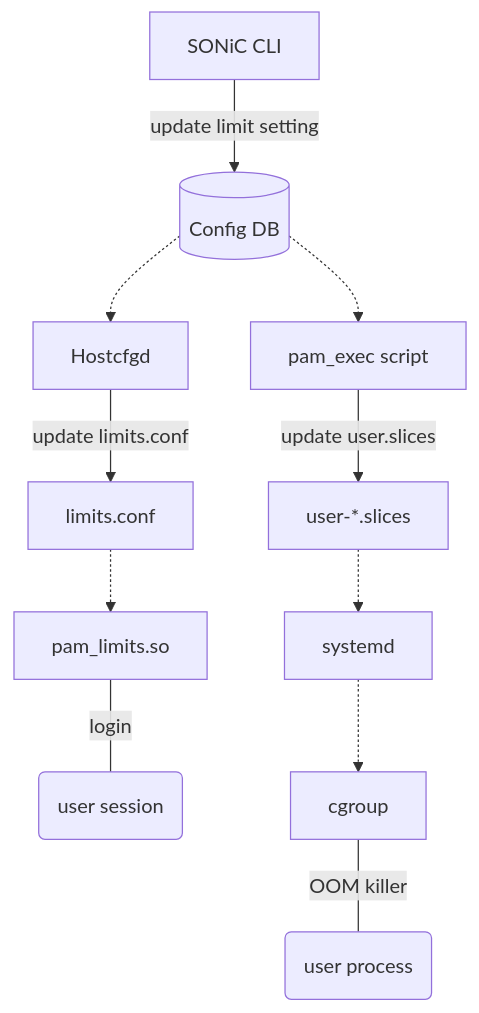
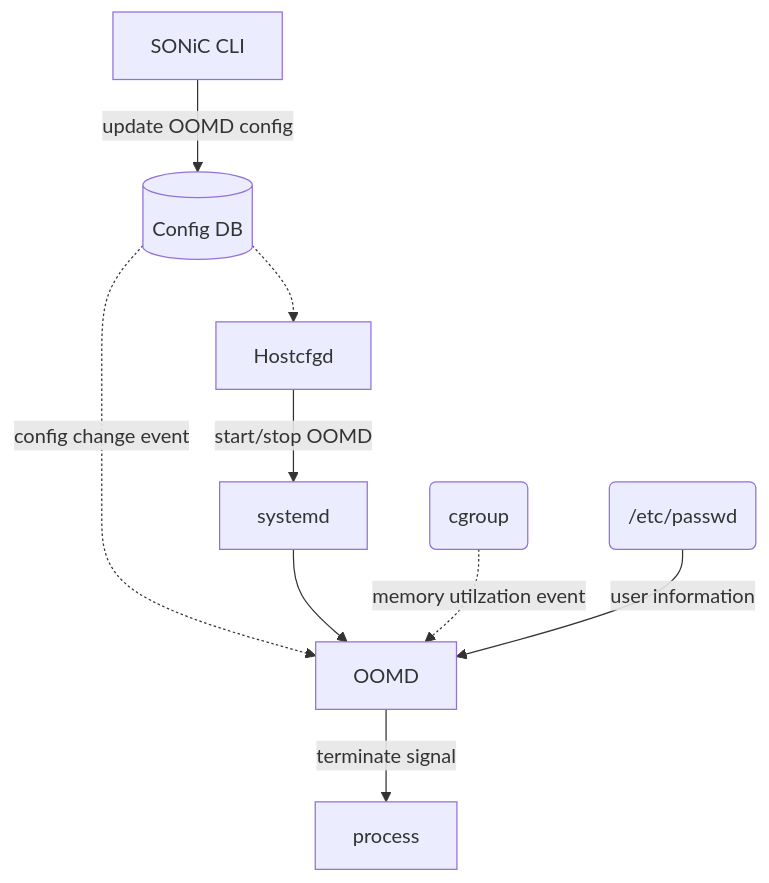
The first of 2 diagrams in doc/oomd/SONiC OOM daemon.md (sonic-net/SONiC), drawn with Mermaid before and after one commit. The commit also changed other lines of this file and 1 other file, not shown here.

Commit message:
Add OOMD design document, and remove the cgroup based design.

````diff
--- a/doc/oomd/SONiC OOM daemon.md
+++ b/doc/oomd/SONiC OOM daemon.md
@@ -72,30 +75,25 @@
 ```mermaid
 graph TD;
 %% SONiC CLI update config DB
-CLI[SONiC CLI] -- update limit setting --> CONFDB[(Config DB)];
+CLI[SONiC CLI] -- update OOMD config --> CONFDB[(Config DB)];
 
 
-%% HostCfgd subscribe config DB change
+%% HostCfgd/OOMD subscribe config DB change
 CONFDB -.-> HOSTCFGD[Hostcfgd];
+CONFDB -. config change event .-> OOMD[OOMD];
 
-%% HostCfgd Update config files
-HOSTCFGD -- update limits.conf --> PAMCFG[limits.conf];
+%% HostCfgd start/stop OOMD
+HOSTCFGD -- start/stop OOMD --> systemd[systemd];
+systemd --> OOMD;
 
-%% pam_limits.so will handle login limit
-PAMCFG -.-> LIMITLIB[pam_limits.so];
-LIMITLIB -- login --- USERSESSION(user session);
+%% OOMD subscript memory utilzation event from cgroup
+CGROUP(cgroup) -. memory utilzation event .-> OOMD; 
+
+%% OOMD get user info from /etc/passwd
+passwd(/etc/passwd) -- user information --> OOMD;
+
+%% OOMD terminate user session/procress when memory utilzation reach high-water mark
+OOMD -- terminate signal --> process[process]
 
 
-%% pam_exec script read config DB
-CONFDB -.-> LoginScript[pam_exec script];
-
-%% pam_exec script generate user silices config
-LoginScript -- update user.slices --> USERSLICES[user-*.slices];
-
-%% systemd will manage user slices
-USERSLICES -.-> SYSTEMD[systemd];
-
-%% cgroup check memory limit and trigger OOM killer
-SYSTEMD -.-> CGROUP[cgroup];
-CGROUP -- OOM killer --- APP(user process);
 ```
````
